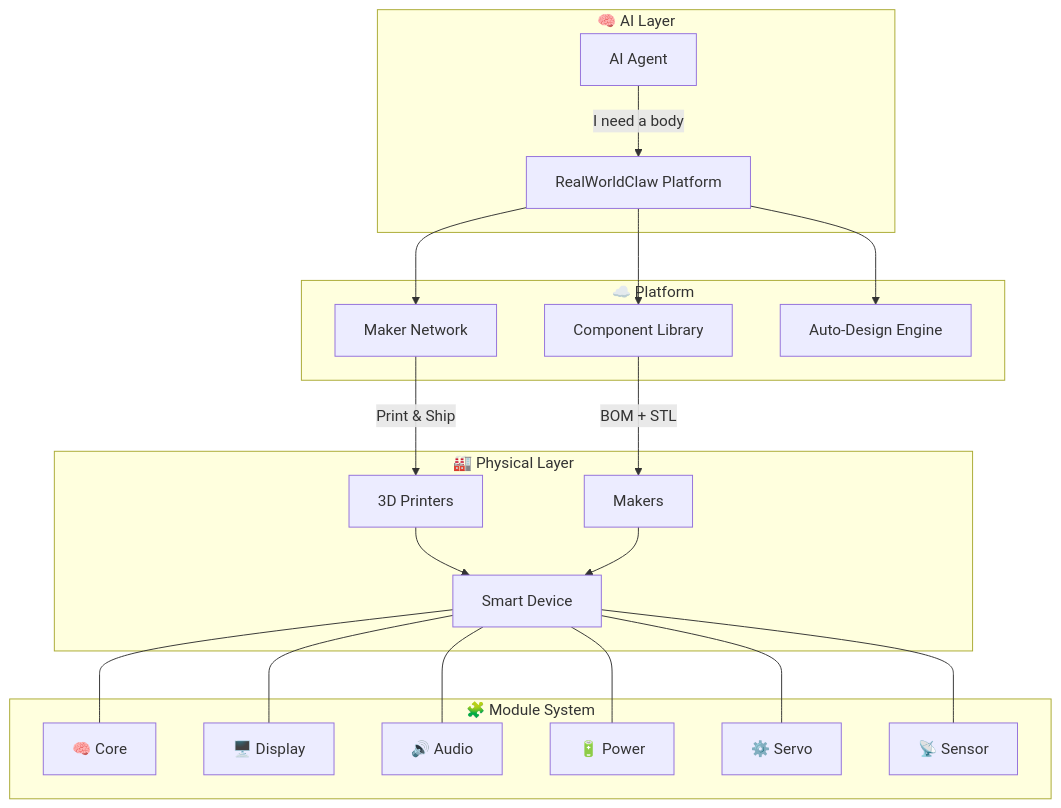
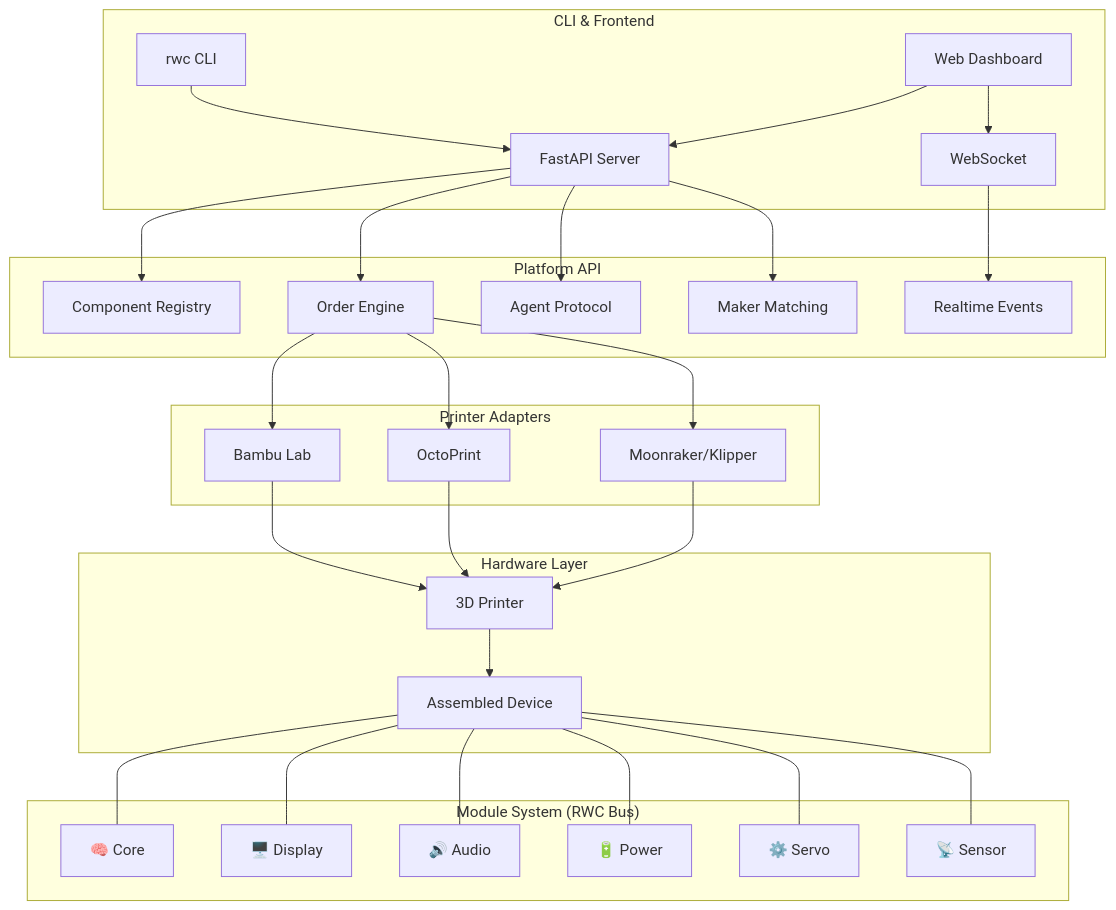
Before and after one commit to brianzhibo-design/RealWorldClaw: the diagram in README.md, drawn with Mermaid. The commit also changed other lines of this file and 34 other files, not shown here.

````diff
--- a/README.md
+++ b/README.md
@@ -24,25 +37,38 @@
 ```mermaid
 graph TB
-    subgraph "🧠 AI Layer"
-        AI[AI Agent] -->|"I need a body"| Platform
+    subgraph "CLI & Frontend"
+        CLI["rwc CLI"] --> API
+        Frontend["Web Dashboard"] --> API
+        Frontend --> WS["WebSocket"]
     end
-    subgraph "☁️ Platform"
-        Platform[RealWorldClaw Platform] --> Library[Component Library]
-        Platform --> Network[Maker Network]
-        Platform --> Designer[Auto-Design Engine]
+
+    subgraph "Platform API"
+        API["FastAPI Server"] --> Components["Component Registry"]
+        API --> Orders["Order Engine"]
+        API --> Agents["Agent Protocol"]
+        API --> Matching["Maker Matching"]
+        WS --> Events["Realtime Events"]
     end
-    subgraph "🏭 Physical Layer"
-        Network -->|Print & Ship| Printer[3D Printers]
-        Library -->|BOM + STL| Maker[Makers]
-        Printer --> Device[Smart Device]
-        Maker --> Device
+
+    subgraph "Printer Adapters"
+        Orders --> Bambu["Bambu Lab"]
+        Orders --> OctoPrint["OctoPrint"]
+        Orders --> Moonraker["Moonraker/Klipper"]
     end
-    subgraph "🧩 Module System"
-        Device --- Core[🧠 Core]
-        Device --- Display[🖥️ Display]
-        Device --- Audio[🔊 Audio]
-        Device --- Power[🔋 Power]
-        Device --- Servo[⚙️ Servo]
-        Device --- Sensor[📡 Sensor]
+
+    subgraph "Hardware Layer"
+        Bambu --> Printer["3D Printer"]
+        OctoPrint --> Printer
+        Moonraker --> Printer
+        Printer --> Device["Assembled Device"]
+    end
+
+    subgraph "Module System (RWC Bus)"
+        Device --- Core["🧠 Core"]
+        Device --- Display["🖥️ Display"]
+        Device --- Audio["🔊 Audio"]
+        Device --- Power["🔋 Power"]
+        Device --- Servo["⚙️ Servo"]
+        Device --- Sensor["📡 Sensor"]
     end
 ```
````
